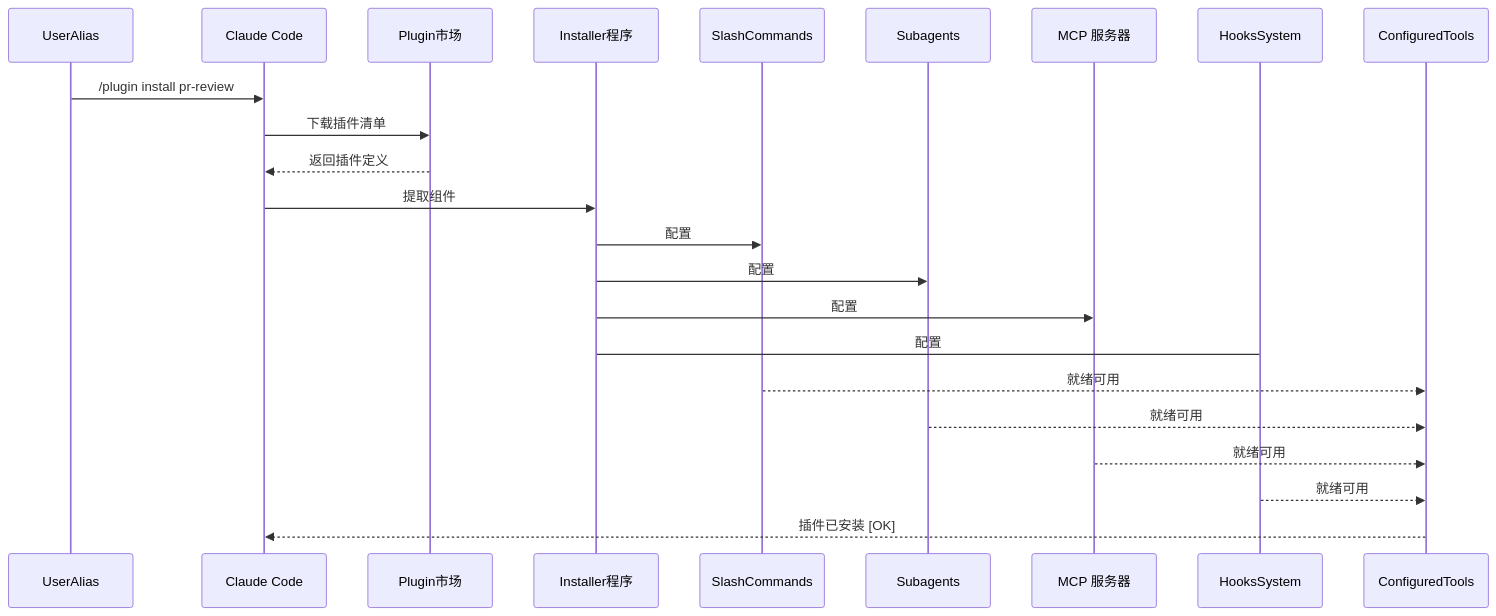
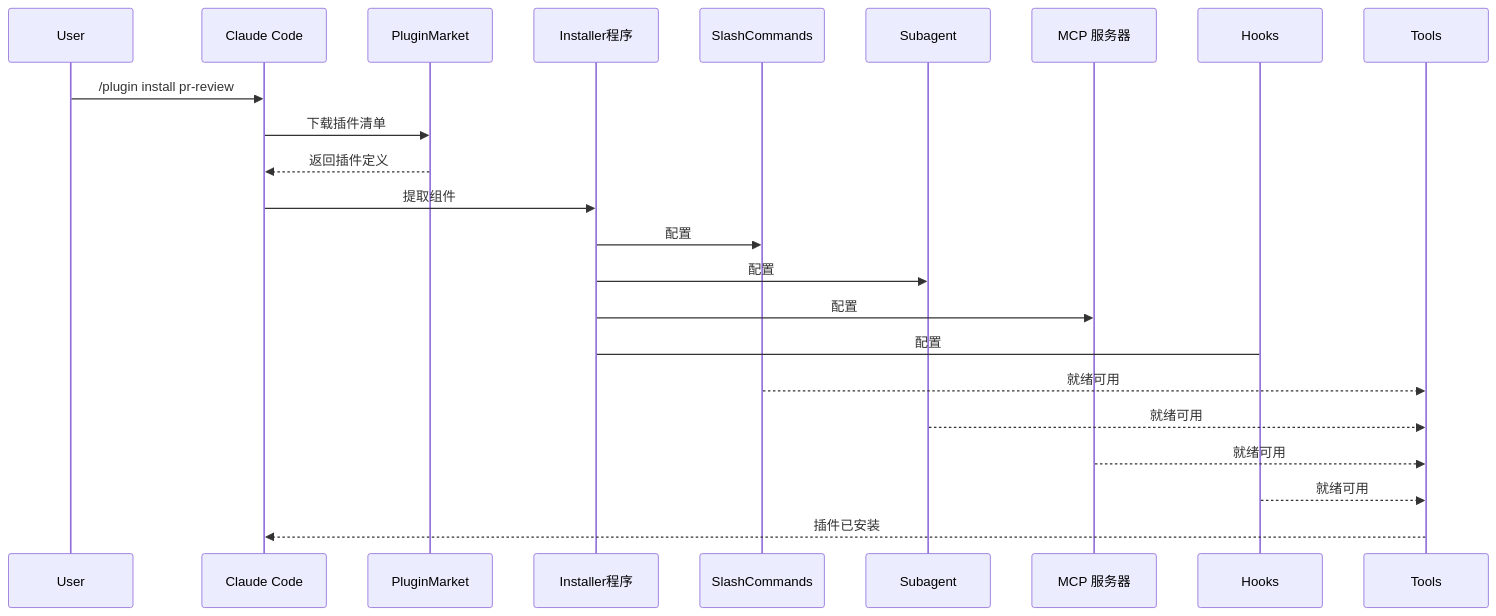
The second of 5 diagrams in 07-plugins/README.md (Rx782-Fss/claude-howto-zh), drawn with Mermaid before and after one commit. The commit also changed other lines of this file and 104 other files, not shown here.

````diff
--- a/07-plugins/README.md
+++ b/07-plugins/README.md
@@ -34,26 +34,26 @@
 ```mermaid
 sequenceDiagram
-    participant User as UserAlias
+    participant User as User
     participant Claude as Claude Code
-    participant Plugin as Plugin市场
+    participant Plugin as PluginMarket
     participant Install as Installer程序
     participant SlashCmds as SlashCommands
-    participant Subagents as Subagents
+    participant Subagents as Subagent
     participant MCPServers as MCP 服务器
-    participant Hooks as HooksSystem
-    participant Tools as ConfiguredTools
+    participant Hooks as Hooks
+    participant Tools as Tools
 
     User->>Claude: /plugin install pr-review
     Claude->>Plugin: 下载插件清单
     Plugin-->>Claude: 返回插件定义
     Claude->>Install: 提取组件
     Install->>SlashCmds: 配置
     Install->>Subagents: 配置
     Install->>MCPServers: 配置
     Install->Hooks: 配置
     SlashCmds-->>Tools: 就绪可用
     Subagents-->>Tools: 就绪可用
     MCPServers-->>Tools: 就绪可用
     Hooks-->>Tools: 就绪可用
-    Tools-->>Claude: 插件已安装 [OK]
+    Tools-->>Claude: 插件已安装 
 ```
````
